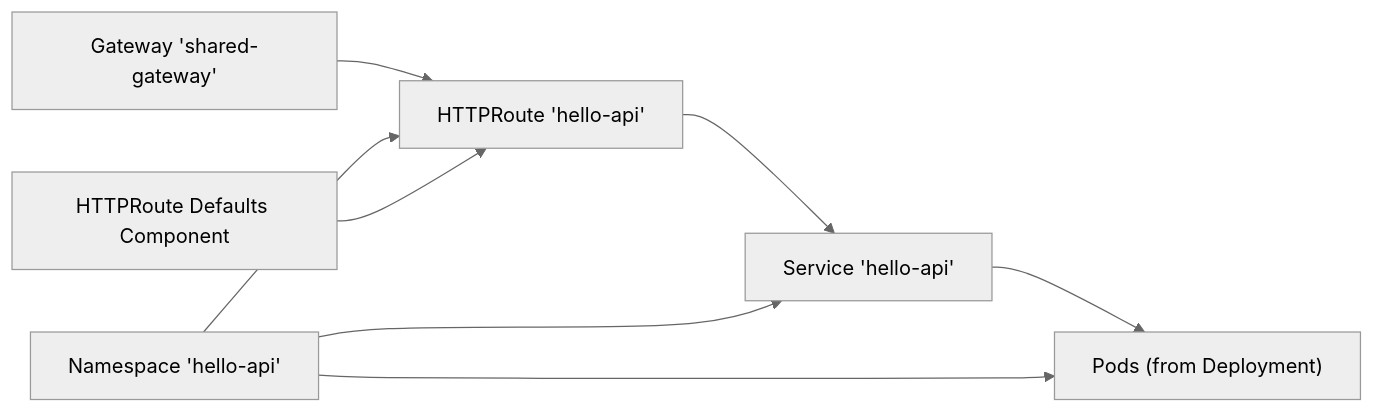
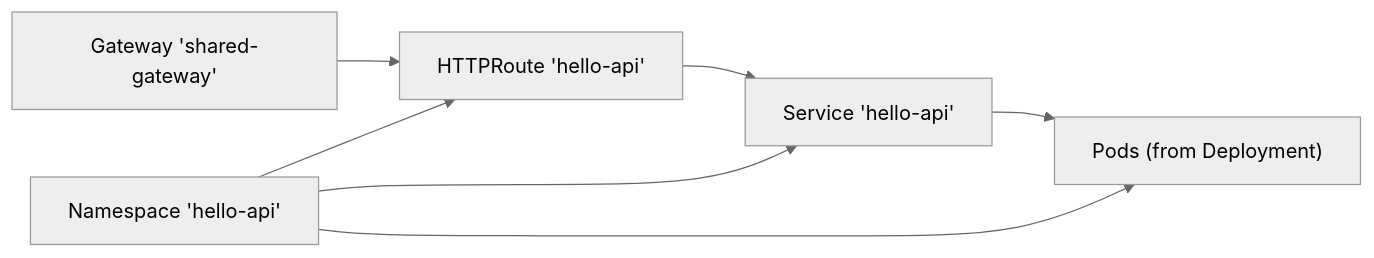
One commit to Hoangvu75/k8s_manifest changed the fourth of 4 diagrams in .qoder/repowiki/en/content/Playground Applications/Demo Applications.md. Above: the diagram before and after it, drawn with Mermaid (neutral theme). The commit also changed other lines of this file and 15 other files, not shown here.

````diff
--- a/.qoder/repowiki/en/content/Playground Applications/Demo Applications.md
+++ b/.qoder/repowiki/en/content/Playground Applications/Demo Applications.md
@@ -320,10 +259,9 @@
 ```mermaid
 graph LR
 GW["Gateway 'shared-gateway'"] --> HR["HTTPRoute 'hello-api'"]
 HR --> SVC["Service 'hello-api'"]
 SVC --> POD["Pods (from Deployment)"]
 NS["Namespace 'hello-api'"] --> POD
 NS --> SVC
 NS --> HR
-COMP["HTTPRoute Defaults Component"] --> HR
 ```
````
